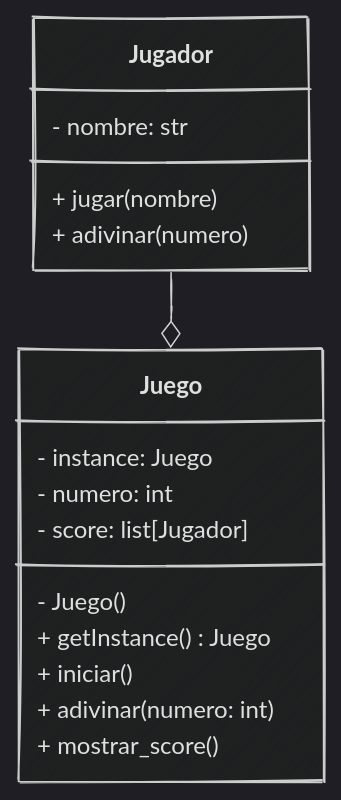
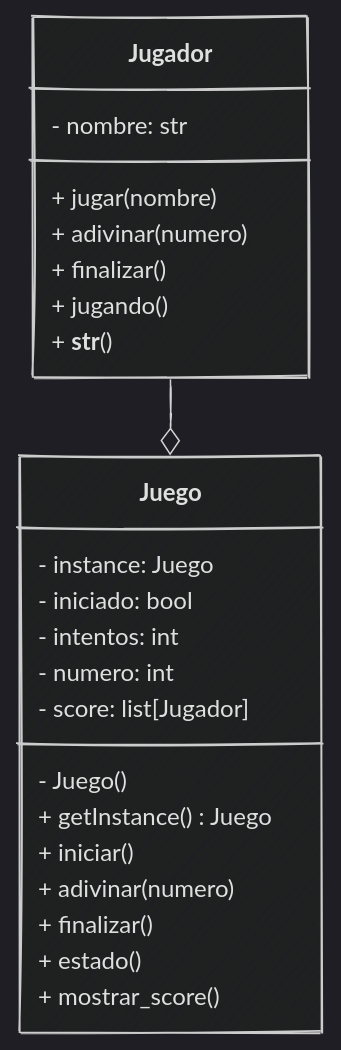
One commit to python-la-paz/python-study-group-oop changed the second of 2 diagrams in content/sesion09/Readme.md. Above: the diagram before and after it, drawn with Mermaid. The commit also changed other lines of this file, not shown here.

````diff
--- a/content/sesion09/Readme.md
+++ b/content/sesion09/Readme.md
@@ -244,20 +282,27 @@
 ```mermaid
 %%{init: {"theme": "dark", "look": "handDrawn"  }}%%
 classDiagram
-    class Jugador {
-        - nombre: str
-        + jugar(nombre)
-        + adivinar(numero)
-    }
     class Juego {
         - instance: Juego
+        - iniciado: bool
+        - intentos: int
         - numero: int
         - score: list[Jugador]
         - Juego()
         + getInstance() Juego
         + iniciar()
-        + adivinar(numero: int)
+        + adivinar(numero)
+        + finalizar()
+        + estado()
         + mostrar_score()
+    }
+    class Jugador {
+        - nombre: str
+        + jugar(nombre)
+        + adivinar(numero)
+        + finalizar()
+        + jugando()
+        + __str__()
     }
     Jugador --o Juego
 ```
````
